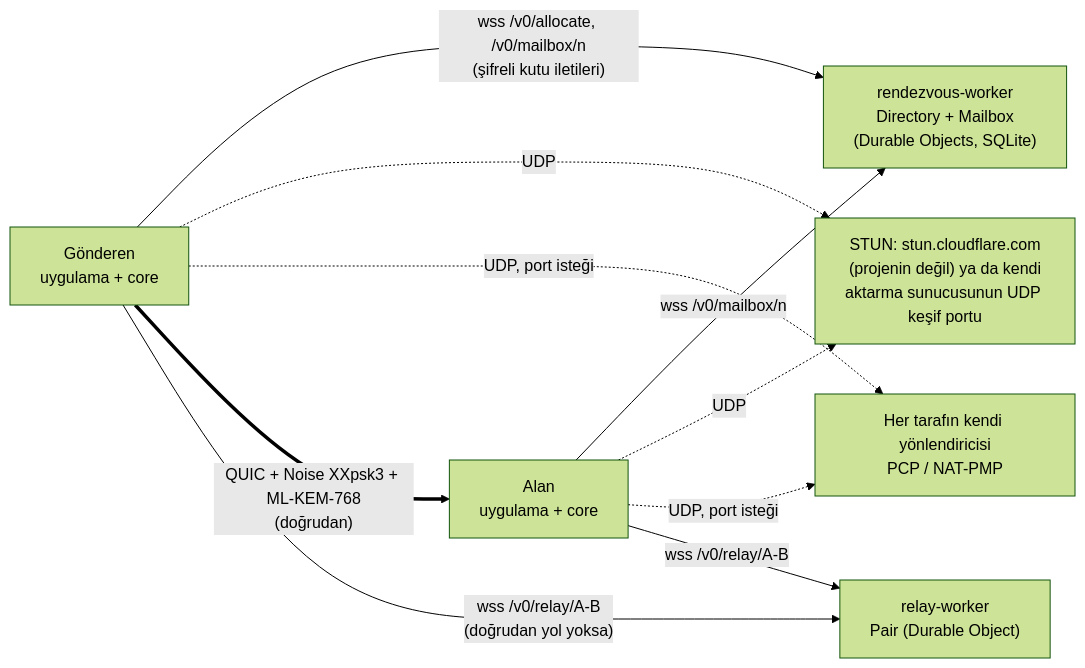
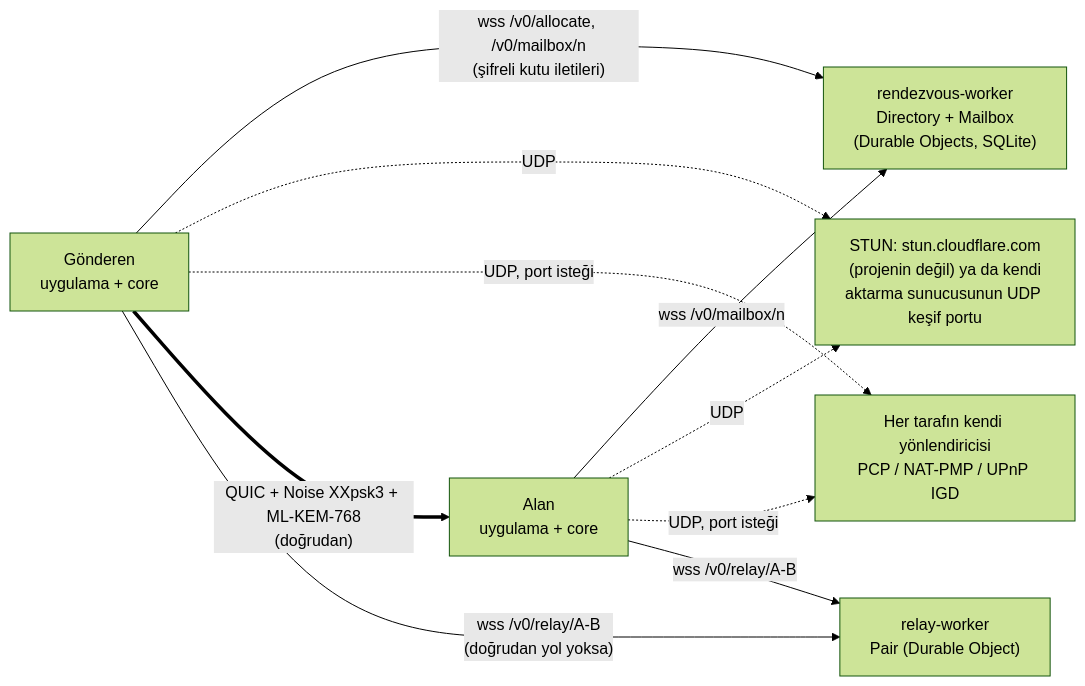
The second of 3 diagrams in docs/ARCHITECTURE.md (totaldrop-app/totaldrop), drawn with Mermaid (forest theme) before and after one commit. The commit also changed other lines of this file and 1 other file, not shown here.

First line of the commit message:
docs: bring the architecture map up to main 03235a6 (#431)

````diff
--- a/docs/ARCHITECTURE.md
+++ b/docs/ARCHITECTURE.md
@@ -84,18 +87,18 @@
 ```mermaid
 flowchart LR
   A["Gönderen<br/>uygulama + core"]
   B["Alan<br/>uygulama + core"]
   RZ["rendezvous-worker<br/>Directory + Mailbox<br/>(Durable Objects, SQLite)"]
   RL["relay-worker<br/>Pair (Durable Object)"]
   STUN["STUN: stun.cloudflare.com<br/>(projenin değil) ya da kendi<br/>aktarma sunucusunun UDP keşif portu"]
-  GW["Her tarafın kendi yönlendiricisi<br/>PCP / NAT-PMP"]
+  GW["Her tarafın kendi yönlendiricisi<br/>PCP / NAT-PMP / UPnP IGD"]
   A -- "wss /v0/allocate, /v0/mailbox/n<br/>(şifreli kutu iletileri)" --> RZ
   B -- "wss /v0/mailbox/n" --> RZ
   A -. "UDP" .-> STUN
   B -. "UDP" .-> STUN
   A -. "UDP, port isteği" .-> GW
   B -. "UDP, port isteği" .-> GW
   A == "QUIC + Noise XXpsk3 + ML-KEM-768<br/>(doğrudan)" ==> B
   A -- "wss /v0/relay/A-B<br/>(doğrudan yol yoksa)" --> RL
   B -- "wss /v0/relay/A-B" --> RL
 ```
````
